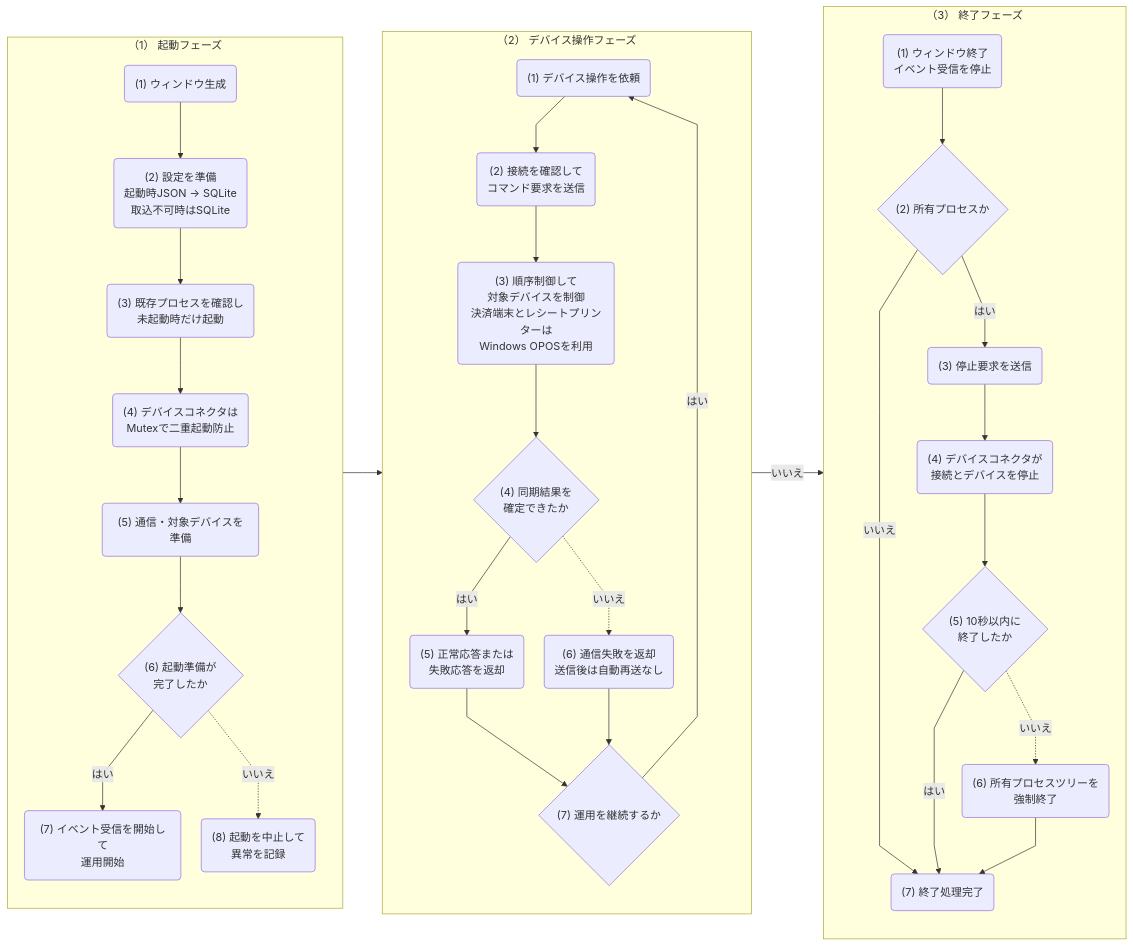
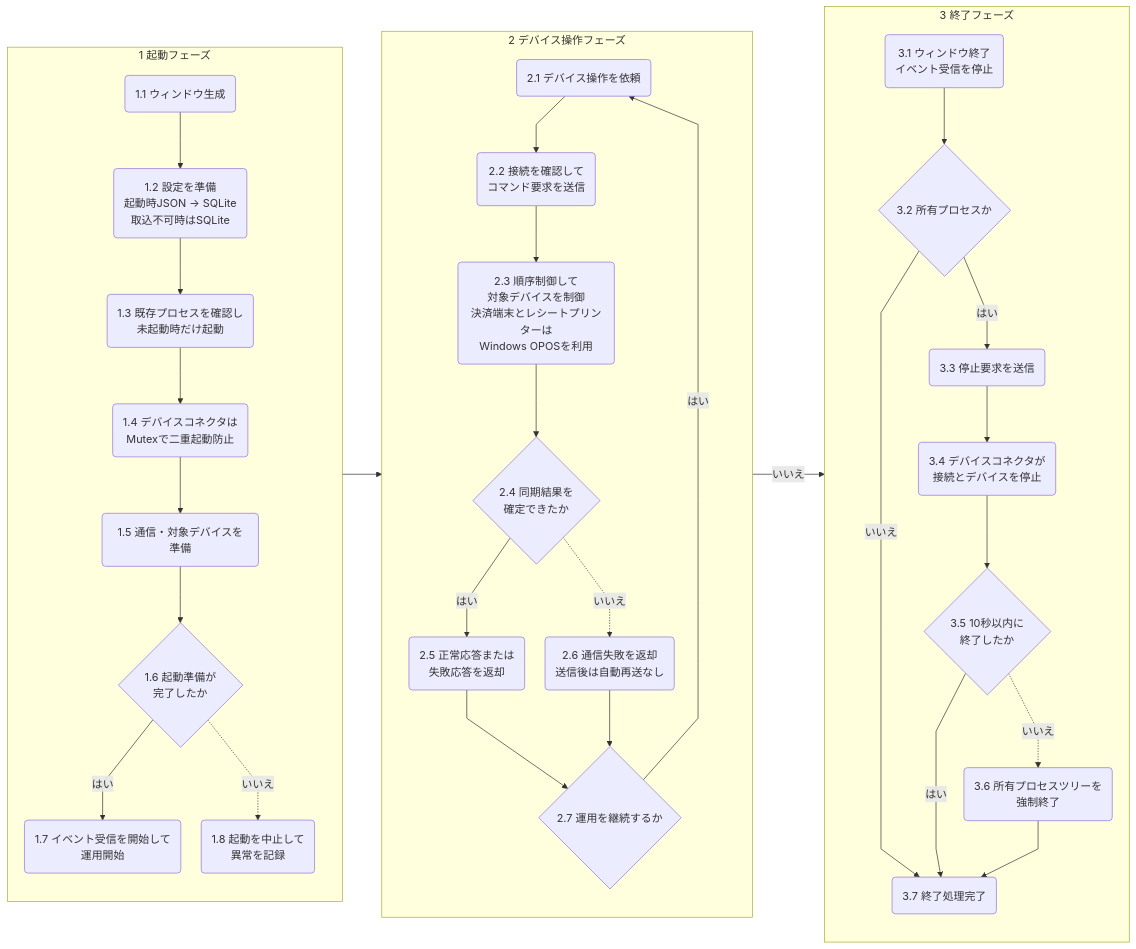
Before and after one commit to vti-sam/smj-ks-pos-stored: the fourth of 4 diagrams in artifacts/reports/device-control/20_基本設計/基本設計書_端末アプリ_デバイスコネクタ/基本設計書_端末アプリ_デバイスコネクタ.md, drawn with Mermaid. The commit also changed other lines of this file and 40 other files, not shown here.

Commit message:
Update device control documents and editable diagrams

```diff
--- a/artifacts/reports/device-control/20_基本設計/基本設計書_端末アプリ_デバイスコネクタ/基本設計書_端末アプリ_デバイスコネクタ.md
+++ b/artifacts/reports/device-control/20_基本設計/基本設計書_端末アプリ_デバイスコネクタ/基本設計書_端末アプリ_デバイスコネクタ.md
@@ -508,31 +508,31 @@
  %% legend-bind edge.23=━━▶ ライフサイクル
  %% legend-bind edge.24=━━▶ ライフサイクル
  %% legend-bind label=コネクターラベル
- subgraph START["（1） 起動フェーズ"]
+ subgraph START["1 起動フェーズ"]
  direction TB
- S1("(1) ウィンドウ生成")
- S2("(2) 設定を準備<br/>起動時JSON → SQLite<br/>取込不可時はSQLite")
- S3("(3) 既存プロセスを確認し<br/>未起動時だけ起動")
- S4("(4) デバイスコネクタは<br/>Mutexで二重起動防止")
- S5("(5) 通信・対象デバイスを準備")
- S6{"(6) 起動準備が<br/>完了したか"}
- S7("(7) イベント受信を開始して<br/>運用開始")
- START_ERROR("(8) 起動を中止して<br/>異常を記録")
+ S1("1.1 ウィンドウ生成")
+ S2("1.2 設定を準備<br/>起動時JSON → SQLite<br/>取込不可時はSQLite")
+ S3("1.3 既存プロセスを確認し<br/>未起動時だけ起動")
+ S4("1.4 デバイスコネクタは<br/>Mutexで二重起動防止")
+ S5("1.5 通信・対象デバイスを準備")
+ S6{"1.6 起動準備が<br/>完了したか"}
+ S7("1.7 イベント受信を開始して<br/>運用開始")
+ START_ERROR("1.8 起動を中止して<br/>異常を記録")
 
  S1 --> S2 --> S3 --> S4 --> S5 --> S6
  S6 -->|はい| S7
  S6 -.->|いいえ| START_ERROR
  end
 
- subgraph OPERATION["（2） デバイス操作フェーズ"]
+ subgraph OPERATION["2 デバイス操作フェーズ"]
  direction TB
- O1("(1) デバイス操作を依頼")
- O2("(2) 接続を確認して<br/>コマンド要求を送信")
- O3("(3) 順序制御して<br/>対象デバイスを制御<br/>決済端末とレシートプリンターは<br/>Windows OPOSを利用")
- O4{"(4) 同期結果を<br/>確定できたか"}
- O5("(5) 正常応答または<br/>失敗応答を返却")
- COMM_ERROR("(6) 通信失敗を返却<br/>送信後は自動再送なし")
- O6{"(7) 運用を継続するか"}
+ O1("2.1 デバイス操作を依頼")
+ O2("2.2 接続を確認して<br/>コマンド要求を送信")
+ O3("2.3 順序制御して<br/>対象デバイスを制御<br/>決済端末とレシートプリンターは<br/>Windows OPOSを利用")
+ O4{"2.4 同期結果を<br/>確定できたか"}
+ O5("2.5 正常応答または<br/>失敗応答を返却")
+ COMM_ERROR("2.6 通信失敗を返却<br/>送信後は自動再送なし")
+ O6{"2.7 運用を継続するか"}
 
  O1 --> O2 --> O3 --> O4
  O4 -->|はい| O5 --> O6
@@ -540,15 +540,15 @@
  O6 -->|はい| O1
  end
 
- subgraph STOP["（3） 終了フェーズ"]
+ subgraph STOP["3 終了フェーズ"]
  direction TB
- T1("(1) ウィンドウ終了<br/>イベント受信を停止")
- T2{"(2) 所有プロセスか"}
- T3("(3) 停止要求を送信")
- T4("(4) デバイスコネクタが<br/>接続とデバイスを停止")
- T5{"(5) 10秒以内に<br/>終了したか"}
- T6("(6) 所有プロセスツリーを<br/>強制終了")
- T7("(7) 終了処理完了")
+ T1("3.1 ウィンドウ終了<br/>イベント受信を停止")
+ T2{"3.2 所有プロセスか"}
+ T3("3.3 停止要求を送信")
+ T4("3.4 デバイスコネクタが<br/>接続とデバイスを停止")
+ T5{"3.5 10秒以内に<br/>終了したか"}
+ T6("3.6 所有プロセスツリーを<br/>強制終了")
+ T7("3.7 終了処理完了")
 
  T1 --> T2
  T2 -->|いいえ| T7
```
